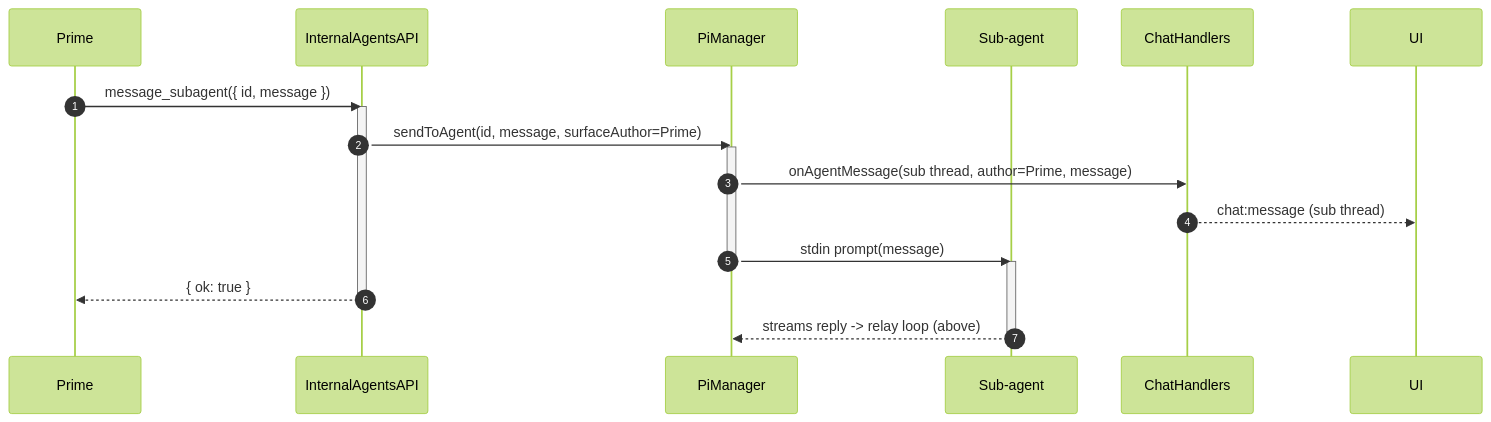
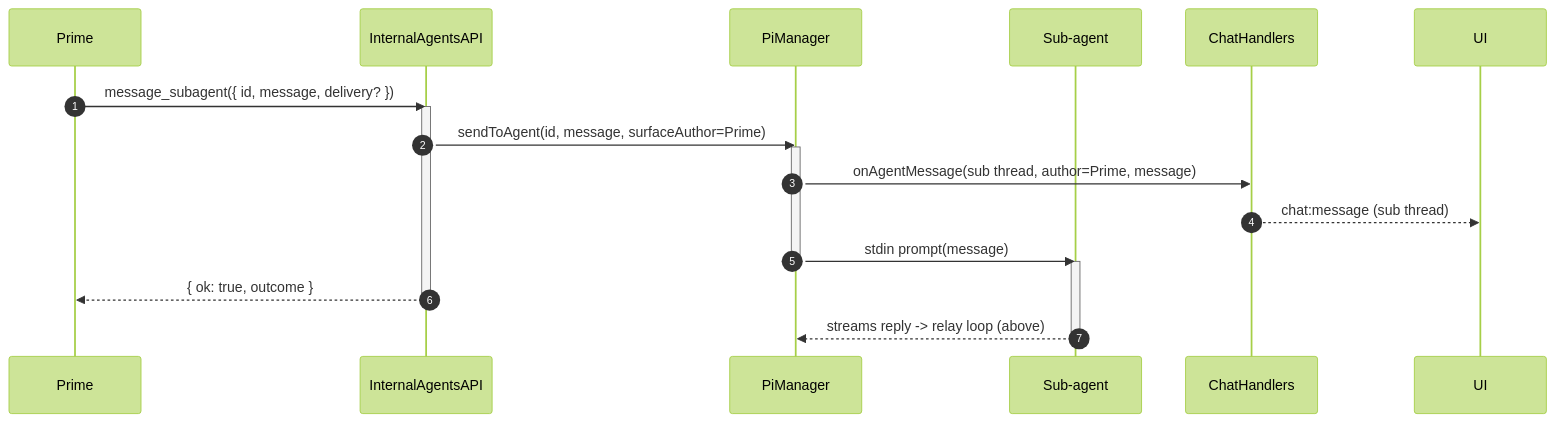
The third of 5 diagrams in docs/server/human-prime-subagents.md (TangleML/tangent-shell), drawn with Mermaid (forest theme) before and after one commit. The commit also changed other lines of this file and 4 other files, not shown here.

Commit message:
feat: let Prime steer a busy sub-agent, and say when a message is only queued

````diff
--- a/docs/server/human-prime-subagents.md
+++ b/docs/server/human-prime-subagents.md
@@ -141,24 +142,24 @@
 ```mermaid
 sequenceDiagram
   autonumber
   participant Prime
   participant Internal as InternalAgentsAPI
   participant PiManager
   participant Sub as Sub-agent
   participant Handlers as ChatHandlers
   participant UI
 
-  Prime->>Internal: message_subagent({ id, message })
+  Prime->>Internal: message_subagent({ id, message, delivery? })
   activate Internal
   Internal->>PiManager: sendToAgent(id, message, surfaceAuthor=Prime)
   activate PiManager
   PiManager->>Handlers: onAgentMessage(sub thread, author=Prime, message)
   Handlers-->>UI: chat:message (sub thread)
   PiManager->>Sub: stdin prompt(message)
   activate Sub
   deactivate PiManager
-  Internal-->>Prime: { ok: true }
+  Internal-->>Prime: { ok: true, outcome }
   deactivate Internal
   Sub-->>PiManager: streams reply -> relay loop (above)
   deactivate Sub
 ```
````
